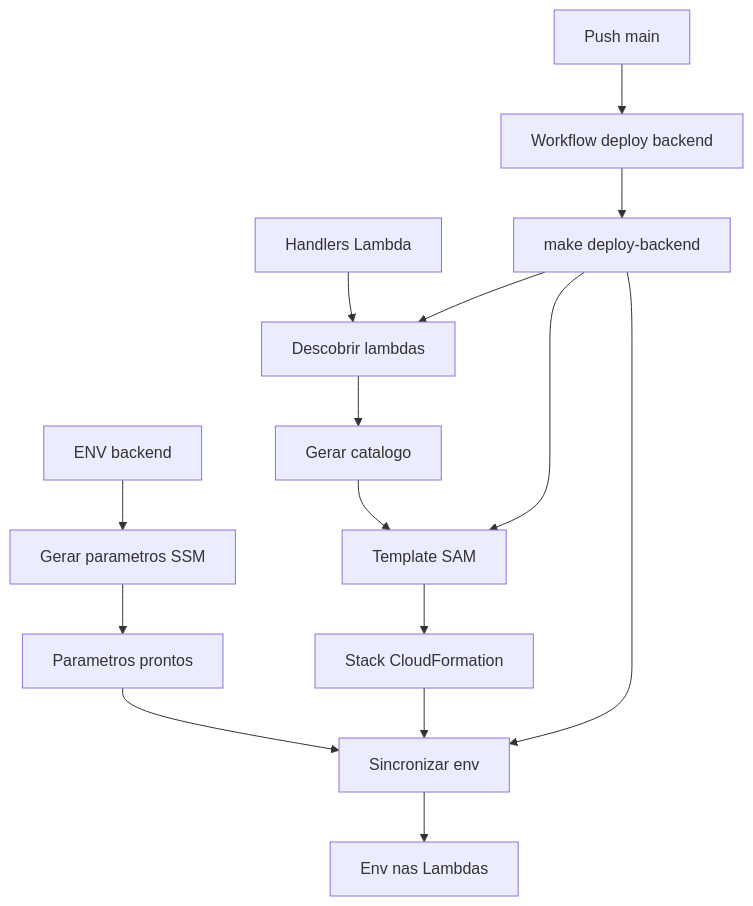
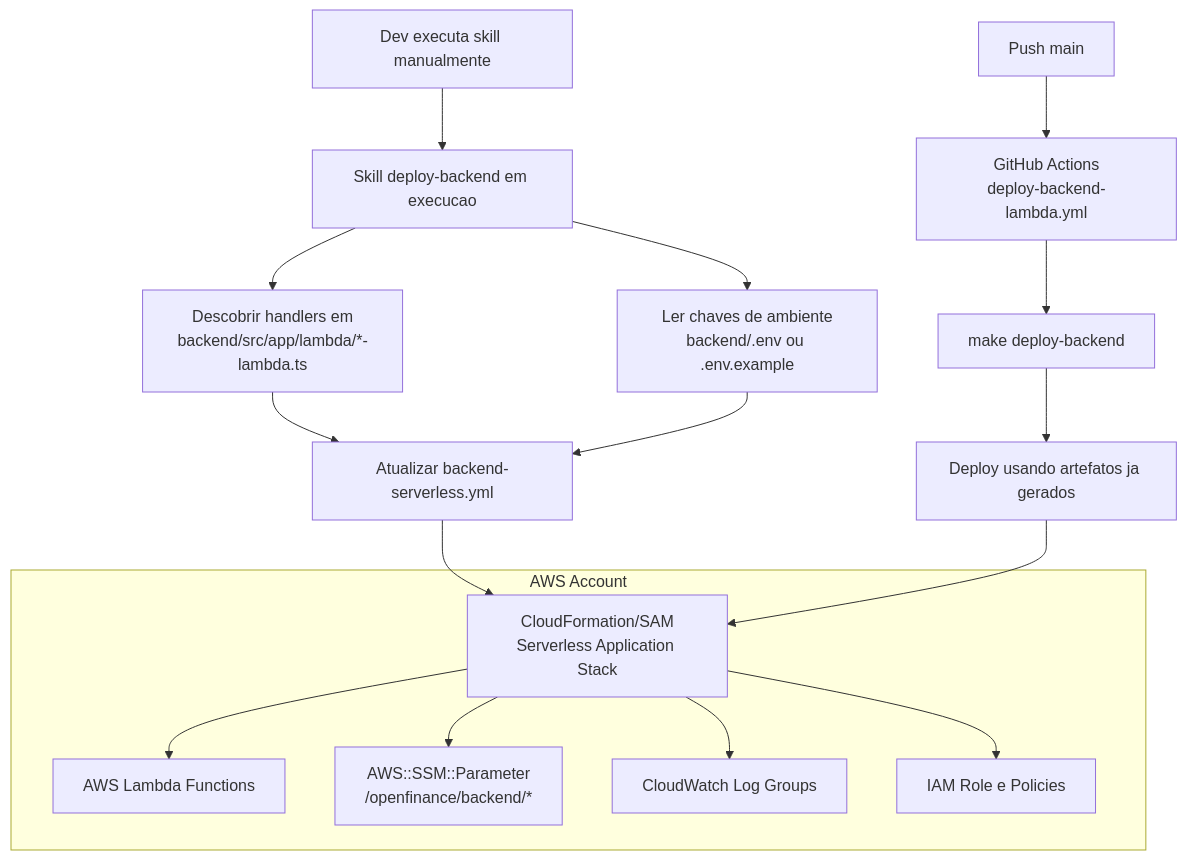
Before and after one commit to mtuliomk/openfinance: the diagram in agent-docs/skills/deploy-backend/SKILL.md, drawn with Mermaid. The commit also changed other lines of this file and 4 other files, not shown here.

Commit message:
chore(agent-docs): update deploy-backend skill and cloudformation samples

````diff
--- a/agent-docs/skills/deploy-backend/SKILL.md
+++ b/agent-docs/skills/deploy-backend/SKILL.md
@@ -5,20 +20,28 @@
 ```mermaid
 flowchart TD
-    A[ENV backend] --> B[Gerar parametros SSM]
-    B --> C[Parametros prontos]
+    A[Dev executa skill manualmente] --> N[Skill deploy-backend em execucao]
+    N --> O[Descobrir handlers em\nbackend/src/app/lambda/*-lambda.ts]
+    N --> P[Ler chaves de ambiente\nbackend/.env ou .env.example]
 
-    D[Handlers Lambda] --> E[Descobrir lambdas]
-    E --> F[Gerar catalogo]
-    F --> G[Template SAM]
-    G --> H[Stack CloudFormation]
+    O --> Q[Atualizar backend-serverless.yml]
+    P --> Q
 
-    C --> I[Sincronizar env]
-    H --> I
-    I --> J[Env nas Lambdas]
+    subgraph AWS[AWS Account]
+      S[CloudFormation/SAM\nServerless Application Stack]
+      T[AWS Lambda Functions]
+      U[AWS::SSM::Parameter\n/openfinance/backend/*]
+      V[CloudWatch Log Groups]
+      W[IAM Role e Policies]
+    end
 
-    K[Push main] --> L[Workflow deploy backend]
+    Q --> S
+    S --> T
+    S --> U
+    S --> V
+    S --> W
+
+    K[Push main] --> L[GitHub Actions\ndeploy-backend-lambda.yml]
     L --> M[make deploy-backend]
-    M --> E
-    M --> G
-    M --> I
+    M --> D[Deploy usando artefatos ja gerados]
+    D --> S
 ```
````
